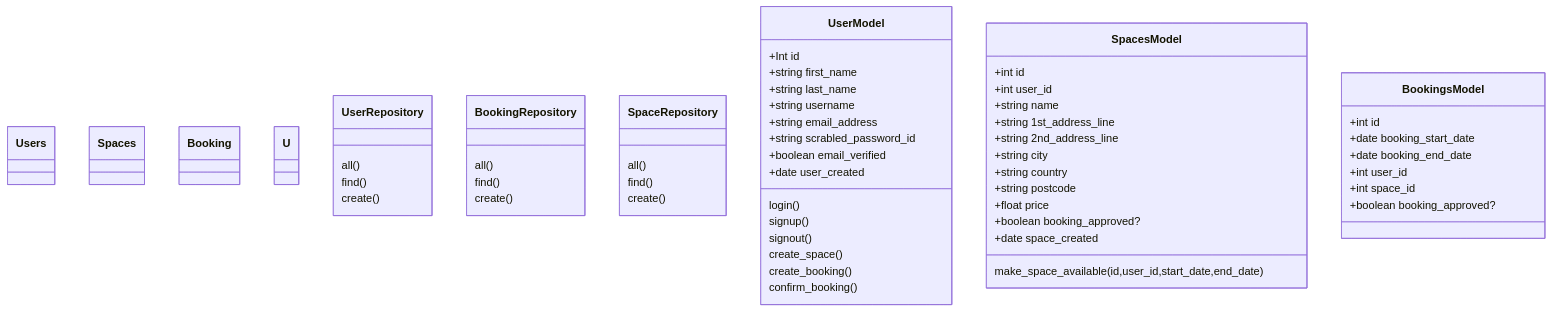
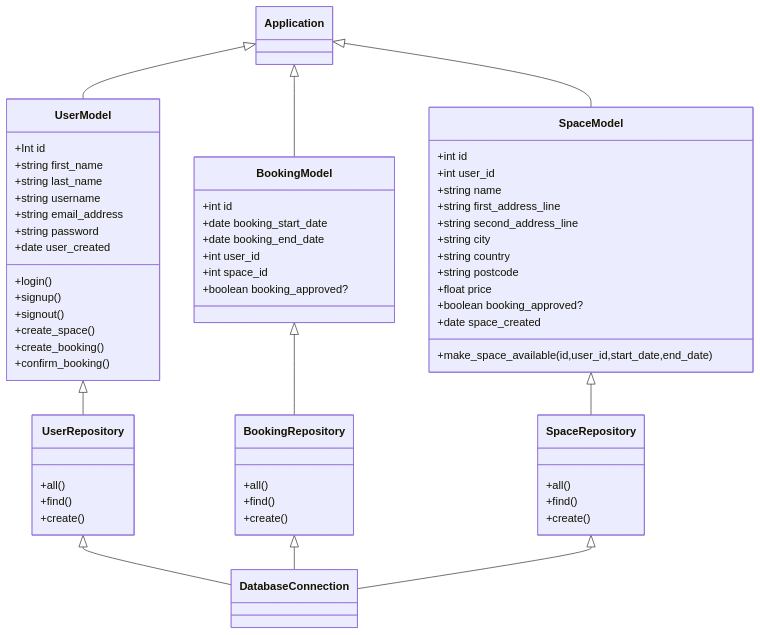
Before and after one commit to SyntheticDBX/MakersBNB: the diagram in diagrams.md, drawn with Mermaid. The commit also changed other lines of this file, not shown here.

Commit message:
Update diagrams.md
Added link and updated class diagram

````diff
--- a/diagrams.md
+++ b/diagrams.md
@@ -1,67 +4,82 @@
 ```mermaid
 classDiagram
-  class Users
-  class Spaces
-  class Booking
-  class U
+  class UserModel
+  class SpaceModel
+  class BookingModel
+  class UserRepository
+  class BookingRepository
+  class SpaceRepository
+  class Application
+  class DatabaseConnection
+
+Application <|-- UserModel
+Application <|-- SpaceModel
+Application <|-- BookingModel
+UserModel <|-- UserRepository
+BookingModel <|-- BookingRepository
+SpaceModel <|-- SpaceRepository
+UserRepository <|-- DatabaseConnection 
+BookingRepository <|-- DatabaseConnection 
+SpaceRepository <|-- DatabaseConnection 
+
+class Application {
+    
+}
 
   class UserRepository {
-    all()
-    find()
-    create()
+    +all()
+    +find()
+    +create()
 }
   class BookingRepository {
-    all()
-    find()
-    create()
+    +all()
+    +find()
+    +create()
 }
   class SpaceRepository {
-    all()
-    find()
-    create()
+    +all()
+    +find()
+    +create()
 }
-
-
 
   class UserModel {
     +Int id 
     +string first_name
     +string last_name
     +string username
     +string email_address
-    +string scrabled_password_id
-    +boolean email_verified
+    +string password
+
     +date user_created
-    login()
-    signup()
-    signout()
-    create_space()
-    create_booking()
-    confirm_booking()
+    +login()
+    +signup()
+    +signout()
+    +create_space()
+    +create_booking()
+    +confirm_booking()
 }
-  class SpacesModel {
+  class SpaceModel {
     +int id  
     +int user_id
     +string name
-    +string 1st_address_line
-    +string 2nd_address_line
+    +string first_address_line
+    +string second_address_line
     +string city
     +string country
     +string postcode
     +float price
     +boolean booking_approved?
     +date space_created
-    make_space_available(id,user_id,start_date,end_date)
+    +make_space_available(id,user_id,start_date,end_date)
 
   }
 
-  class BookingsModel {
+  class BookingModel {
     +int id 
     +date booking_start_date
     +date booking_end_date
     +int user_id 
     +int space_id
     +boolean booking_approved?
   }
-
 ```
````
